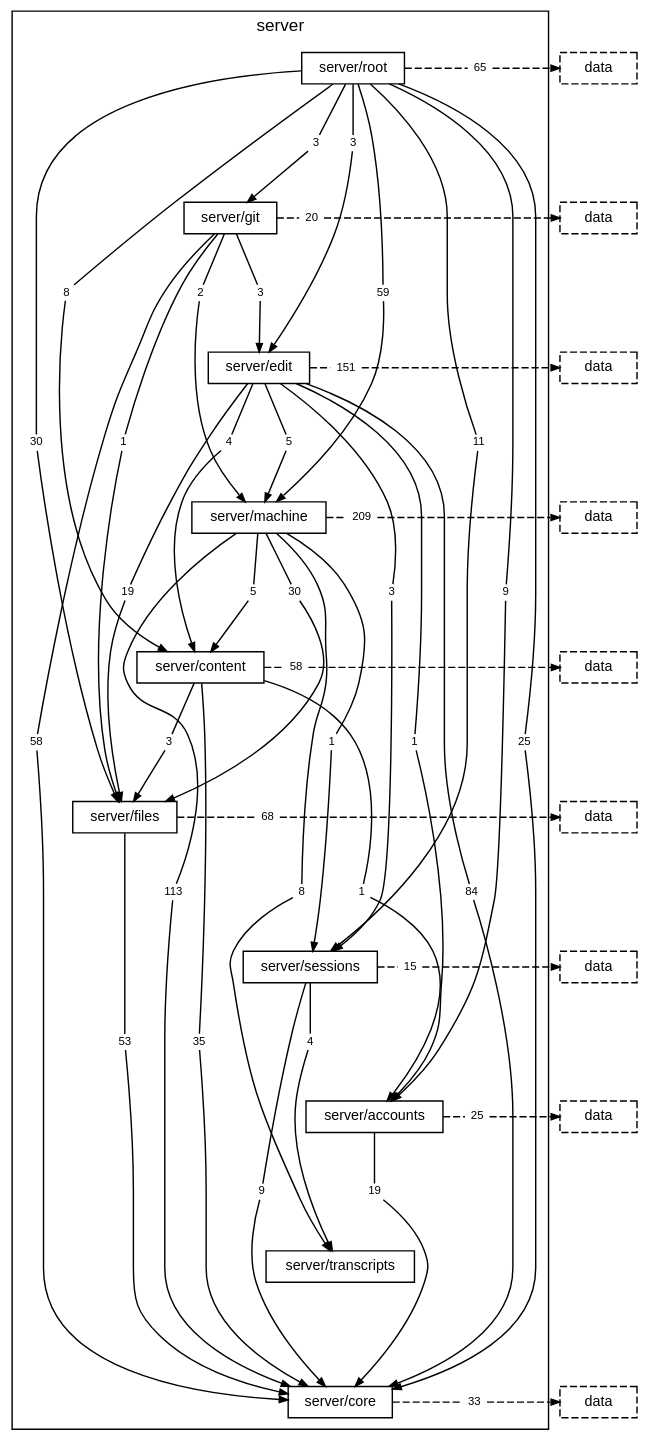
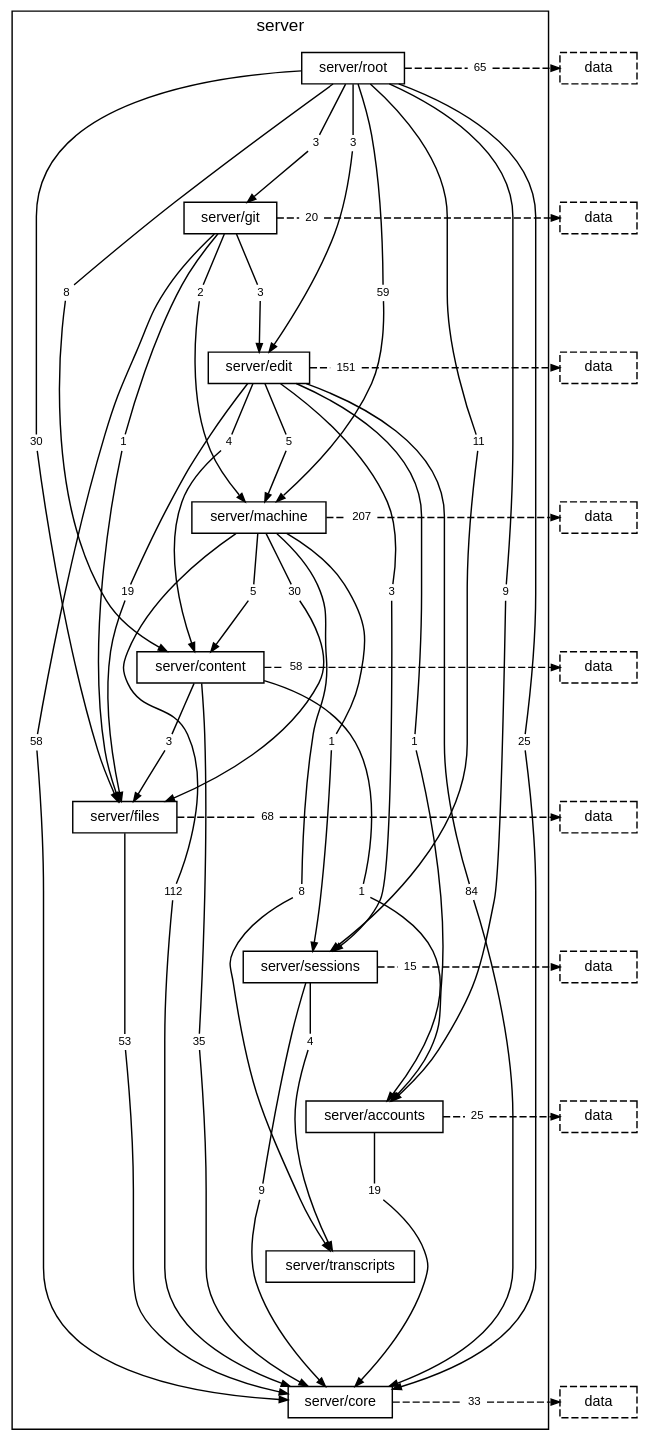
The diagram in docs/diagrams/layer-server.dot (TheAxeC/oculus), drawn with Graphviz before and after one commit. The commit also changed 40 other files, not shown here.

```diff
--- a/docs/diagrams/layer-server.dot
+++ b/docs/diagrams/layer-server.dot
@@ -36,11 +36,11 @@
         "folder server/edit to folder server/sessions" [label="3", shape=box, color="transparent", fontsize=8, width=0, height=0, margin="0.04,0.02"];
         "folder server/edit to layer data" [label="151", shape=box, color="transparent", fontsize=8, width=0, height=0, margin="0.04,0.02"];
         "folder server/machine to folder server/content" [label="5", shape=box, color="transparent", fontsize=8, width=0, height=0, margin="0.04,0.02"];
-        "folder server/machine to folder server/core" [label="113", shape=box, color="transparent", fontsize=8, width=0, height=0, margin="0.04,0.02"];
+        "folder server/machine to folder server/core" [label="112", shape=box, color="transparent", fontsize=8, width=0, height=0, margin="0.04,0.02"];
         "folder server/machine to folder server/files" [label="30", shape=box, color="transparent", fontsize=8, width=0, height=0, margin="0.04,0.02"];
         "folder server/machine to folder server/sessions" [label="1", shape=box, color="transparent", fontsize=8, width=0, height=0, margin="0.04,0.02"];
         "folder server/machine to folder server/transcripts" [label="8", shape=box, color="transparent", fontsize=8, width=0, height=0, margin="0.04,0.02"];
-        "folder server/machine to layer data" [label="209", shape=box, color="transparent", fontsize=8, width=0, height=0, margin="0.04,0.02"];
+        "folder server/machine to layer data" [label="207", shape=box, color="transparent", fontsize=8, width=0, height=0, margin="0.04,0.02"];
         "folder server/content to folder server/accounts" [label="1", shape=box, color="transparent", fontsize=8, width=0, height=0, margin="0.04,0.02"];
         "folder server/content to folder server/core" [label="35", shape=box, color="transparent", fontsize=8, width=0, height=0, margin="0.04,0.02"];
         "folder server/content to folder server/files" [label="3", shape=box, color="transparent", fontsize=8, width=0, height=0, margin="0.04,0.02"];
```
